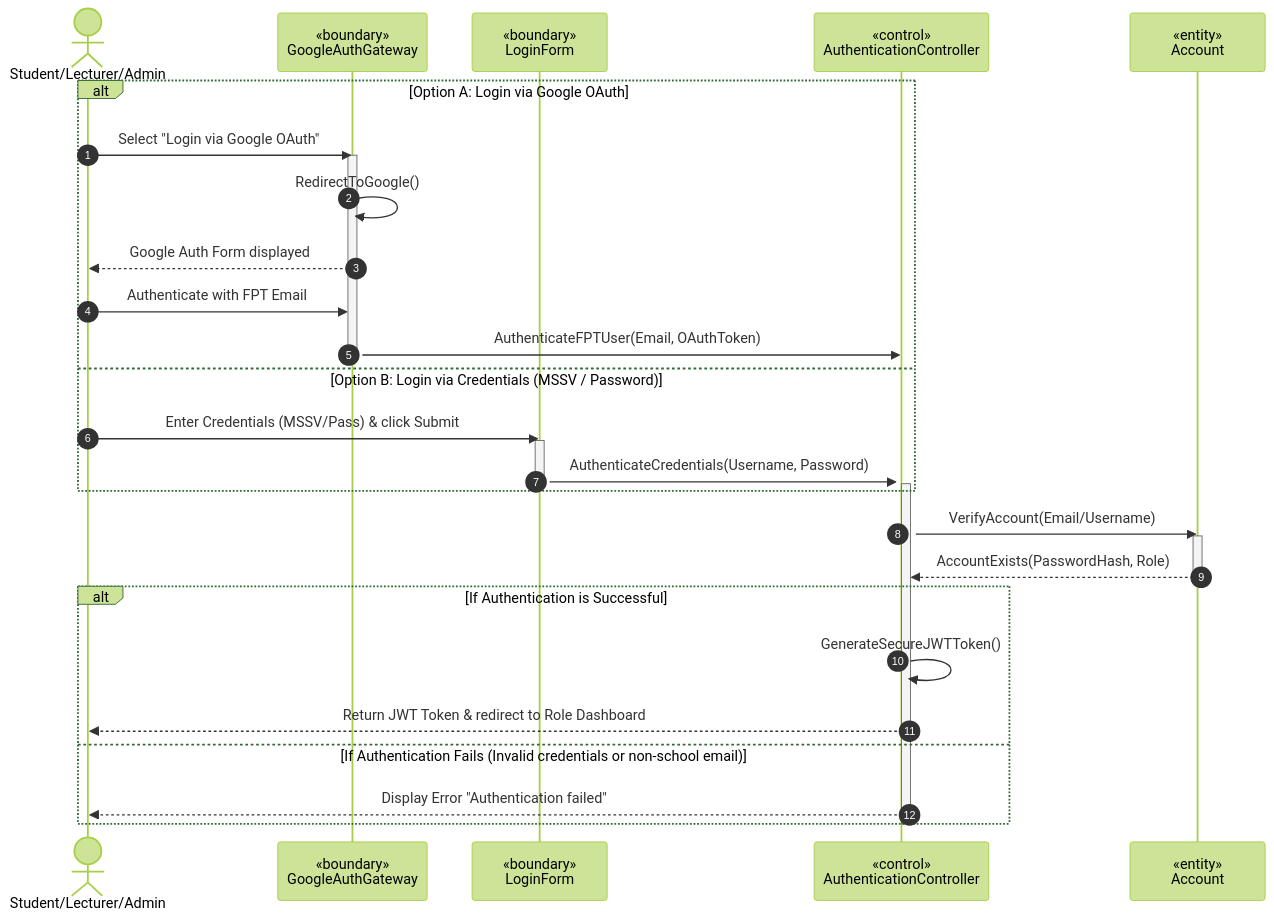
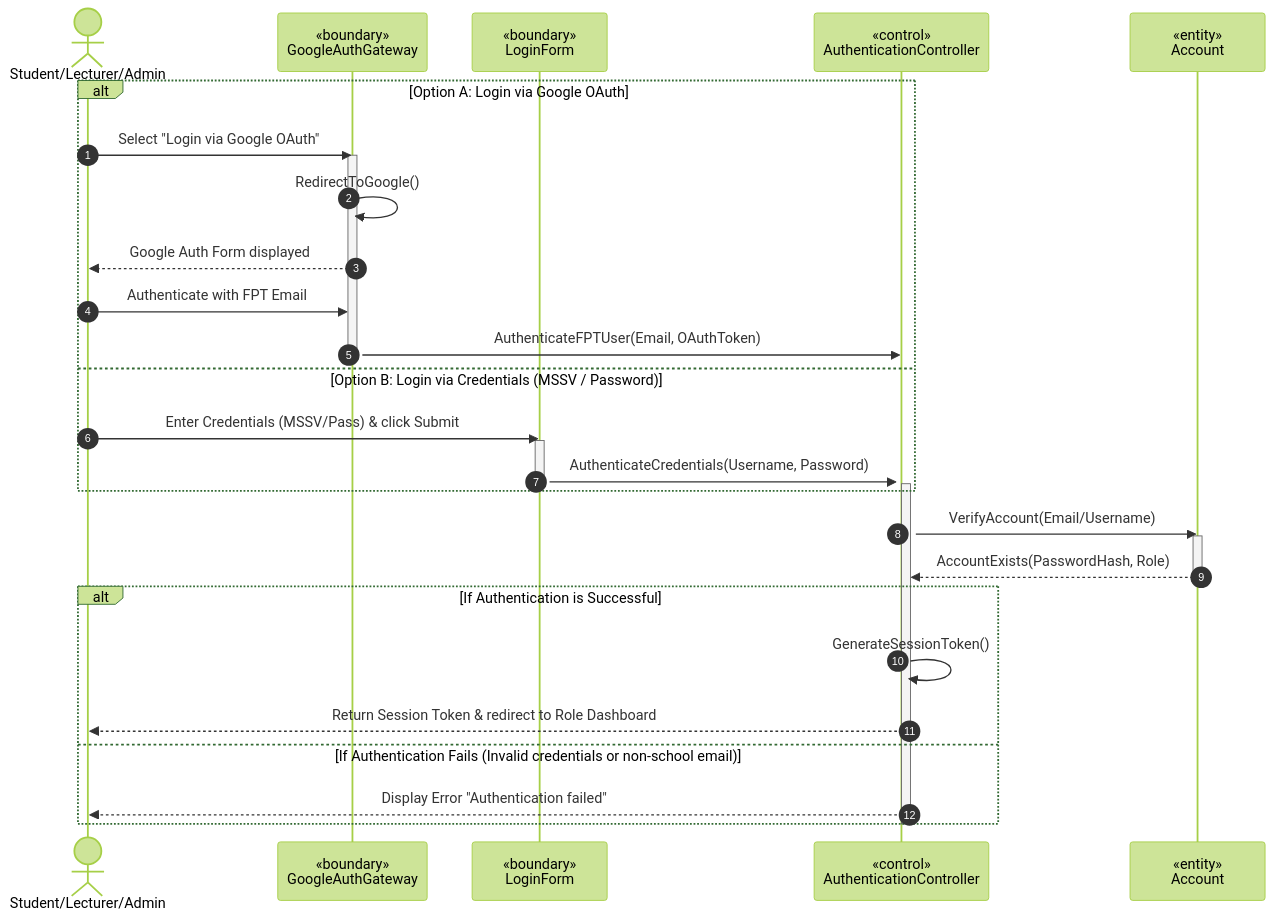
The third of 27 diagrams in AFAS_RDS_Document_Part1B_Analysis_models.md (nttung42/SWD392), drawn with Mermaid (forest theme) before and after one commit. The commit also changed other lines of this file and 3 other files, not shown here.

````diff
--- a/AFAS_RDS_Document_Part1B_Analysis_models.md
+++ b/AFAS_RDS_Document_Part1B_Analysis_models.md
@@ -402,39 +399,39 @@
 ```mermaid
 sequenceDiagram
     autonumber
     actor User as Student/Lecturer/Admin
     participant LGG as «boundary»<br>GoogleAuthGateway
     participant LAF as «boundary»<br>LoginForm
     participant AC as «control»<br>AuthenticationController
     participant ACC as «entity»<br>Account
 
     alt Option A: Login via Google OAuth
         User->>LGG: Select "Login via Google OAuth"
         activate LGG
         LGG->>LGG: RedirectToGoogle()
         LGG-->>User: Google Auth Form displayed
         User->>LGG: Authenticate with FPT Email
         LGG->>AC: AuthenticateFPTUser(Email, OAuthToken)
         deactivate LGG
         activate AC
     else Option B: Login via Credentials (MSSV / Password)
         User->>LAF: Enter Credentials (MSSV/Pass) & click Submit
         activate LAF
         LAF->>AC: AuthenticateCredentials(Username, Password)
         deactivate LAF
         activate AC
     end
 
     AC->>ACC: VerifyAccount(Email/Username)
     activate ACC
     ACC-->>AC: AccountExists(PasswordHash, Role)
     deactivate ACC
 
     alt If Authentication is Successful
-        AC->>AC: GenerateSecureJWTToken()
-        AC-->>User: Return JWT Token & redirect to Role Dashboard
+        AC->>AC: GenerateSessionToken()
+        AC-->>User: Return Session Token & redirect to Role Dashboard
     else If Authentication Fails (Invalid credentials or non-school email)
         AC-->>User: Display Error "Authentication failed"
     end
     deactivate AC
 ```
````
